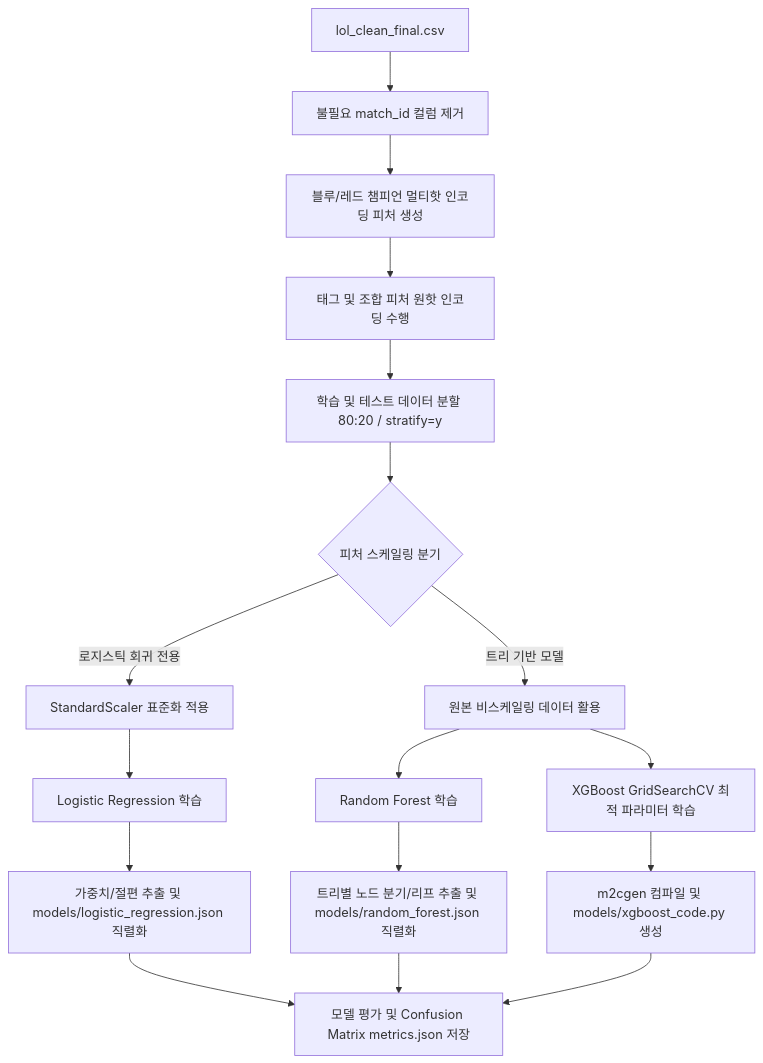
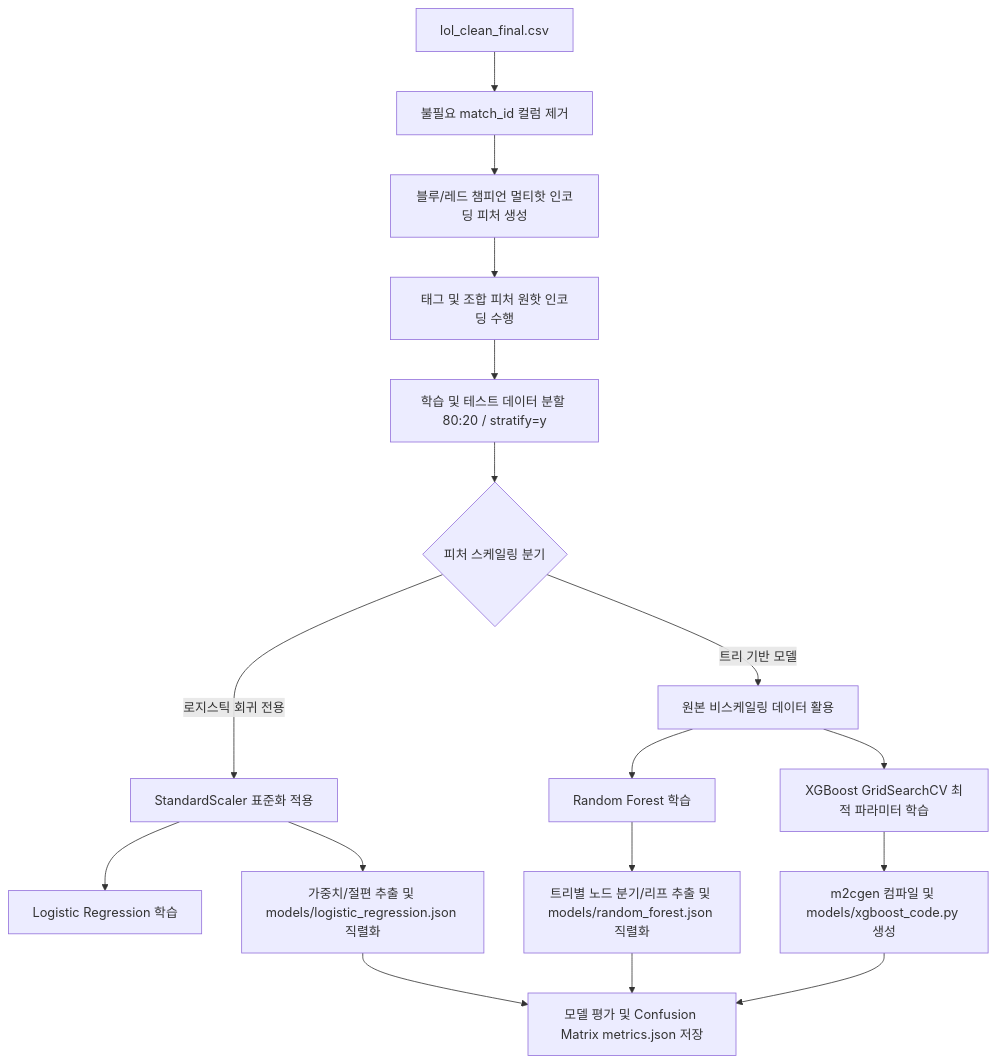
The diagram in README.md (Giheon-Jeon/LoL-WinRate-10m), drawn with Mermaid before and after one commit. The commit also changed other lines of this file and 2 other files, not shown here.

````diff
--- a/README.md
+++ b/README.md
@@ -146,24 +145,24 @@
 ```mermaid
 graph TD
     A[lol_clean_final.csv] --> B[불필요 match_id 컬럼 제거]
     B --> C[블루/레드 챔피언 멀티핫 인코딩 피처 생성]
     C --> D[태그 및 조합 피처 원핫 인코딩 수행]
     D --> E[학습 및 테스트 데이터 분할 80:20 / stratify=y]
     
     E --> F{피처 스케일링 분기}
     
     F -- 로지스틱 회귀 전용 --> G[StandardScaler 표준화 적용]
     G --> H[Logistic Regression 학습]
-    H --> I[가중치/절편 추출 및 models/logistic_regression.json 직렬화]
+    G --> I[가중치/절편 추출 및 models/logistic_regression.json 직렬화]
     
     F -- 트리 기반 모델 --> J[원본 비스케일링 데이터 활용]
     J --> K[Random Forest 학습]
     J --> L[XGBoost GridSearchCV 최적 파라미터 학습]
     
     K --> M[트리별 노드 분기/리프 추출 및 models/random_forest.json 직렬화]
     L --> N[m2cgen 컴파일 및 models/xgboost_code.py 생성]
     
     I --> O[모델 평가 및 Confusion Matrix metrics.json 저장]
     M --> O
     N --> O
 ```
````
